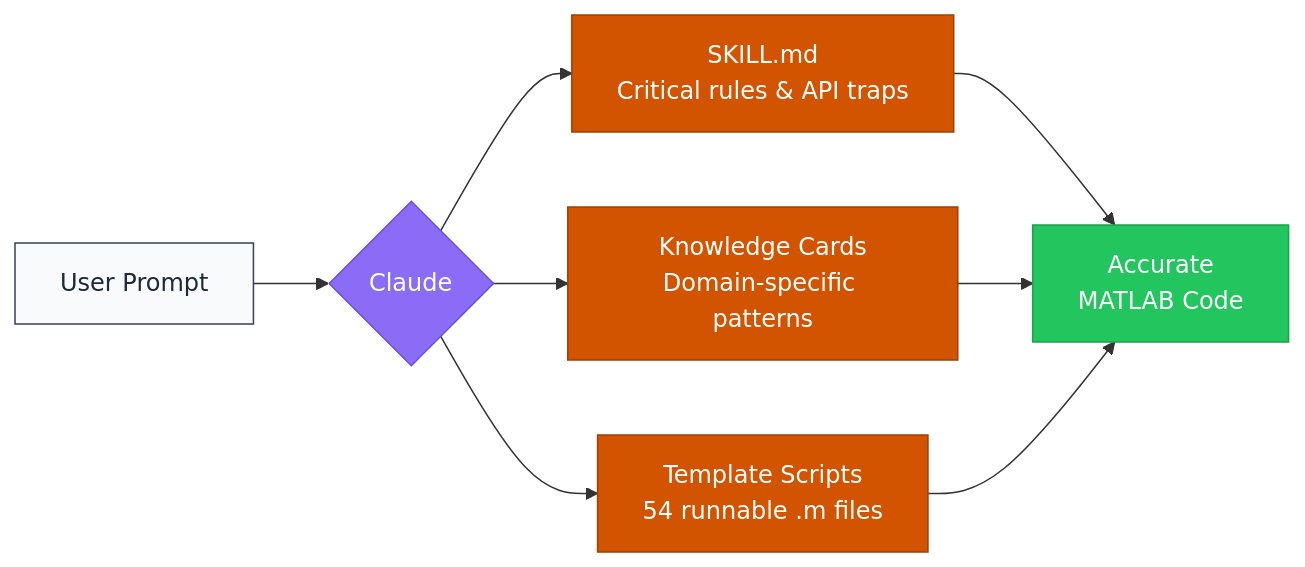
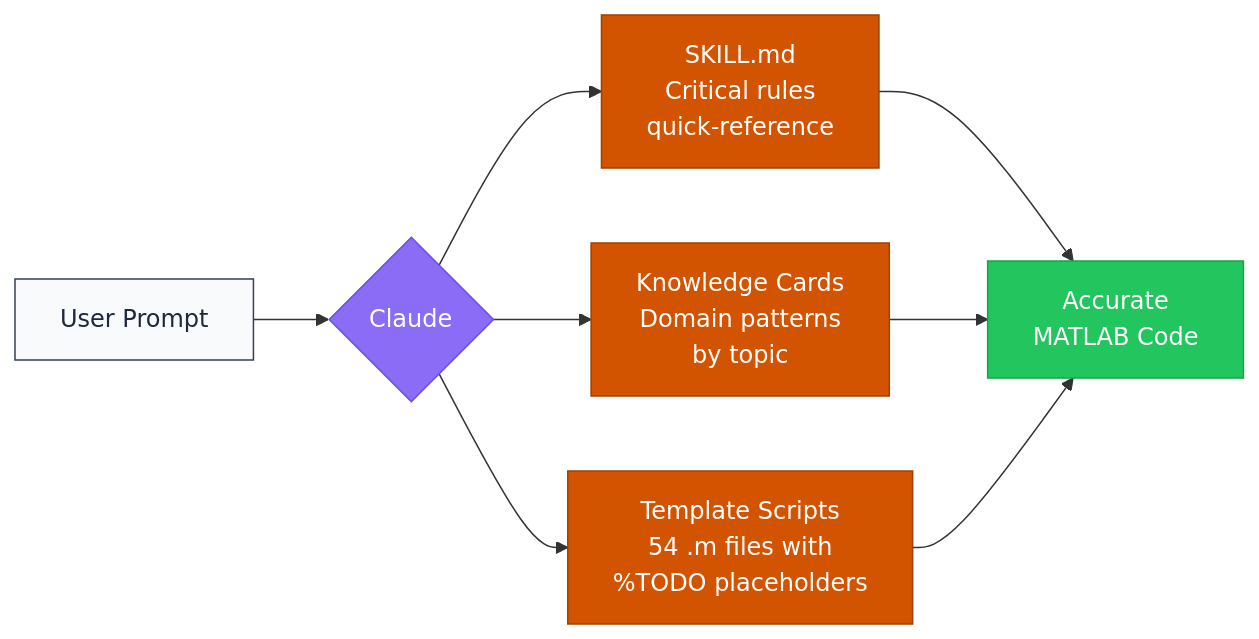
Before and after one commit to rrmaram2000/matlab-toolbox-skills: the first of 2 diagrams in README.md, drawn with Mermaid. The commit also changed other lines of this file, not shown here.

````diff
--- a/README.md
+++ b/README.md
@@ -122,17 +17,17 @@
 ```mermaid
 graph LR
     A[User Prompt] --> B{Claude}
-    B --> C[SKILL.md<br>Critical rules & API traps]
-    B --> D[Knowledge Cards<br>Domain-specific patterns]
-    B --> E[Template Scripts<br>54 runnable .m files]
+    B --> C[SKILL.md<br>Critical rules<br>quick-reference]
+    B --> D[Knowledge Cards<br>Domain patterns<br>by topic]
+    B --> E[Template Scripts<br>54 .m files with<br>%TODO placeholders]
     C --> F[Accurate<br>MATLAB Code]
     D --> F
     E --> F
 
     style A fill:#f8fafc,stroke:#334155,color:#1e293b
     style B fill:#8B6CF6,stroke:#6B4CE6,color:#fff
     style C fill:#D35400,stroke:#A04000,color:#fff
     style D fill:#D35400,stroke:#A04000,color:#fff
     style E fill:#D35400,stroke:#A04000,color:#fff
     style F fill:#22c55e,stroke:#16a34a,color:#fff
 ```
````
